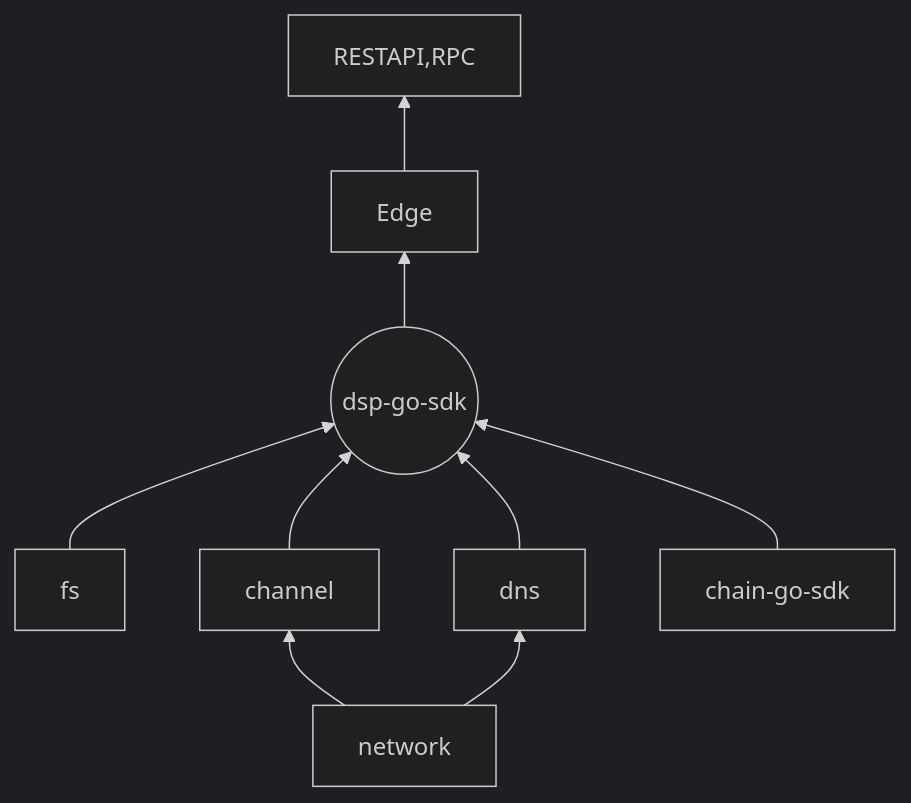
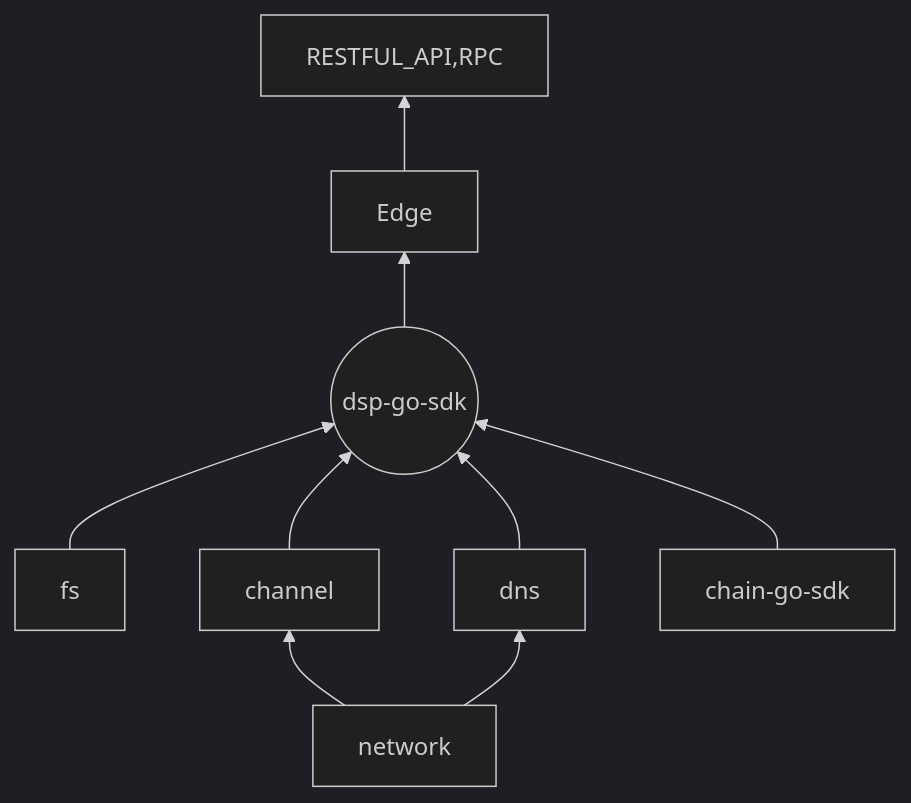
The diagram in README.md (saveio-backup/edge), drawn with Mermaid (dark theme) before and after one commit. The commit also changed other lines of this file and 10 other files, not shown here.

````diff
--- a/README.md
+++ b/README.md
@@ -17,11 +17,11 @@
 ```mermaid
 graph BT
-	Edge-->RESTAPI,RPC
+	Edge-->RESTFUL_API,RPC
 	dsp((dsp-go-sdk))-->Edge
 	fs-->dsp
 	channel-->dsp
 	dns-->dsp
 	chain-go-sdk-->dsp
 		network-->channel
     network-->dns
 ```
````
